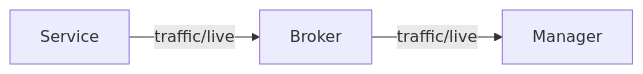
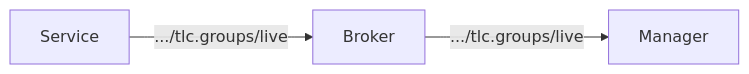
Before and after one commit to rsmp-nordic/rsmp_core_v4: the third of 3 diagrams in docs/pages/streams.md, drawn with Mermaid. The commit also changed other lines of this file and 5 other files, not shown here.

````diff
--- a/docs/pages/streams.md
+++ b/docs/pages/streams.md
@@ -54,5 +140,5 @@
 ```mermaid
 graph LR
-A[Service] -->|traffic/live| Broker
-Broker -->|traffic/live| B[Manager]
+A[Service] -->|.../tlc.groups/live| Broker
+Broker -->|.../tlc.groups/live| B[Manager]
 ```
````
